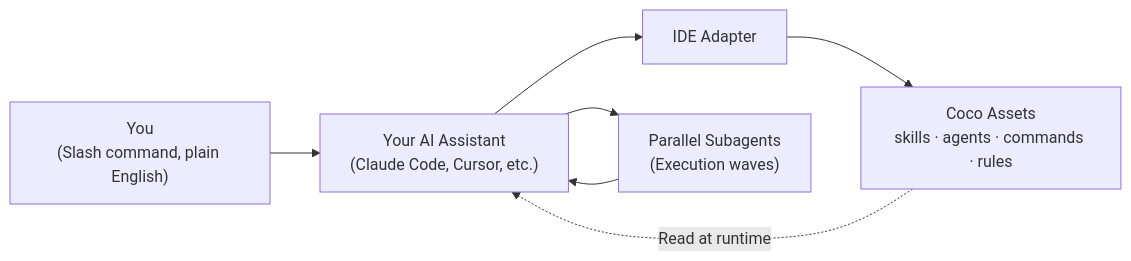
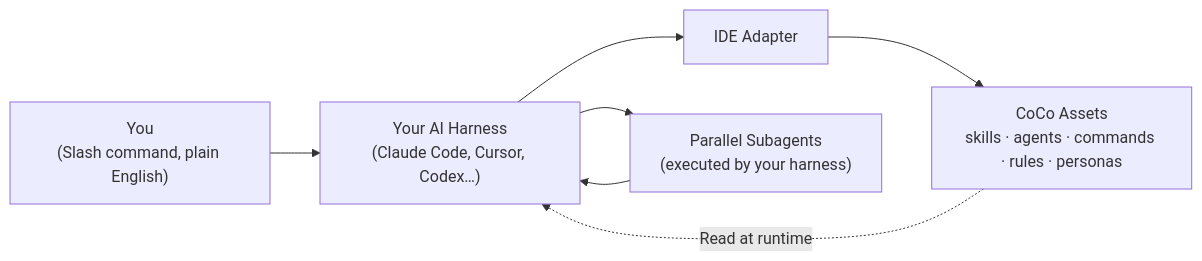
One commit to coco-research/coco changed the diagram in README.md. Above: the diagram before and after it, drawn with Mermaid. The commit also changed other lines of this file and 320 other files, not shown here.

````diff
--- a/README.md
+++ b/README.md
@@ -413,9 +447,9 @@
 ```mermaid
 flowchart LR
-  U["You<br/>(Slash command, plain English)"] --> AI["Your AI Assistant<br/>(Claude Code, Cursor, etc.)"]
+  U["You<br/>(Slash command, plain English)"] --> AI["Your AI Harness<br/>(Claude Code, Cursor, Codex…)"]
   AI --> A["IDE Adapter"]
-  A --> S["Coco Assets<br/>skills · agents · commands · rules"]
+  A --> S["CoCo Assets<br/>skills · agents · commands · rules · personas"]
   S -. Read at runtime .-> AI
-  AI --> Agents["Parallel Subagents<br/>(Execution waves)"]
+  AI --> Agents["Parallel Subagents<br/>(executed by your harness)"]
   Agents --> AI
 ```
````
